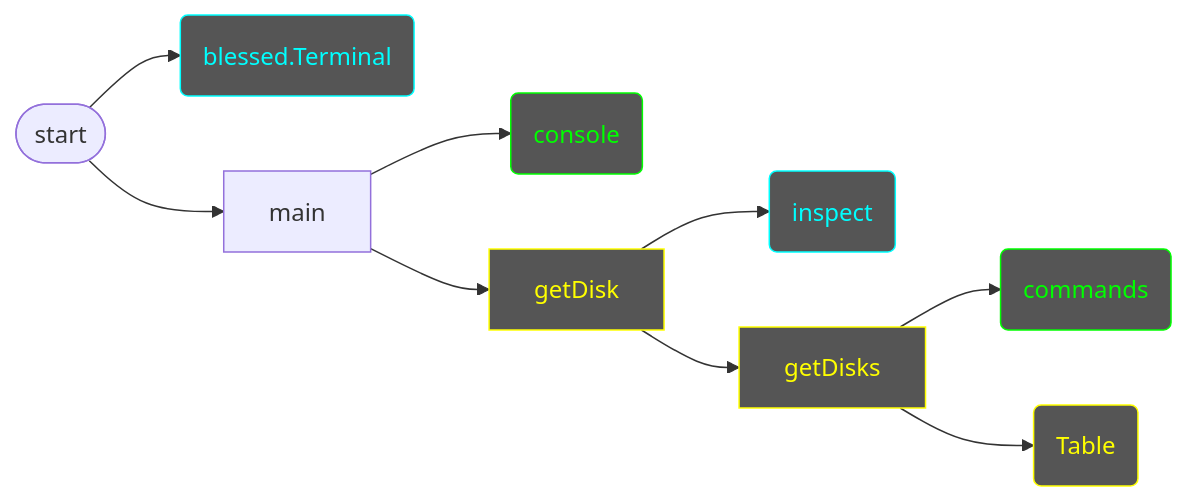
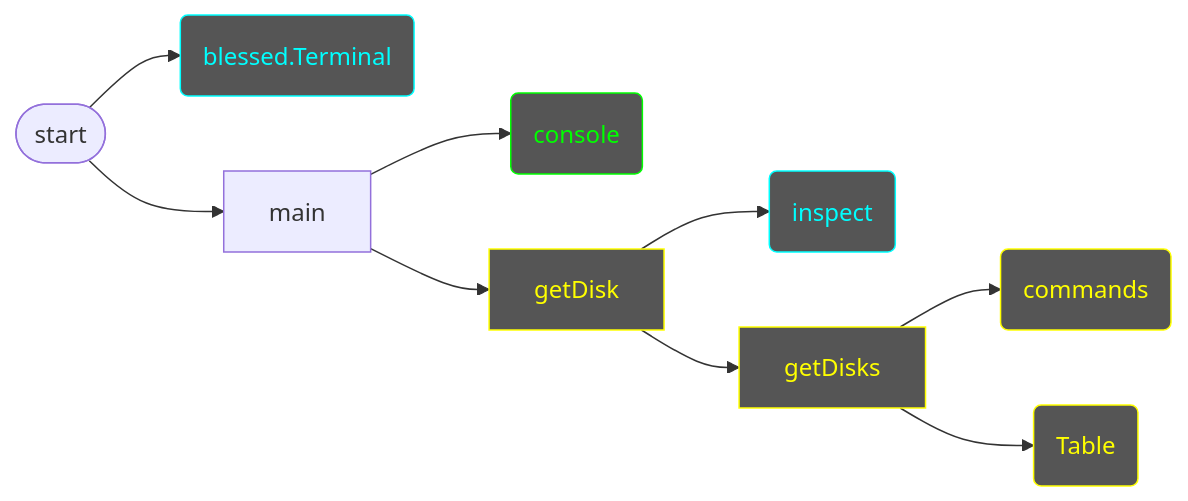
The diagram in scripts/get_disk/design.md (7s4e/p3), drawn with Mermaid before and after one commit. The commit also changed 1 other file, not shown here.

Commit message:
stub test commands

````diff
--- a/scripts/get_disk/design.md
+++ b/scripts/get_disk/design.md
@@ -2,30 +2,30 @@
 ```mermaid
 flowchart LR
     classDef complete color:#0f0,stroke:#0f0,fill:#555
     classDef working color:#ff0,stroke:#ff0,fill:#555
     classDef library color:#0ff,stroke:#0ff,fill:#555
     IF([start])
         IF --> TRM
         IF --> MAIN
     TRM(blessed.Terminal)
         TRM:::library
     MAIN[main]
         MAIN --> CON
         MAIN --> GD
     CON(console)
         CON:::complete
     GD[getDisk]
         GD:::working
         GD --> INSP
         GD --> GDS
     INSP(inspect)
         INSP:::library
     GDS[getDisks]
         GDS:::working
         GDS --> CMD
         GDS --> TBL
     CMD(commands)
-        CMD:::complete
+        CMD:::working
     TBL(Table)
         TBL:::working
 ```
````
